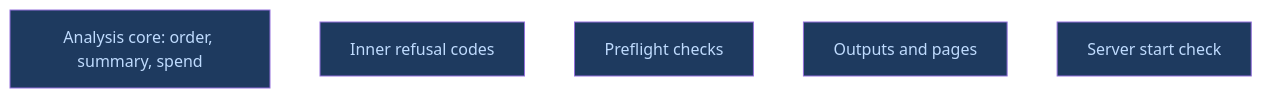
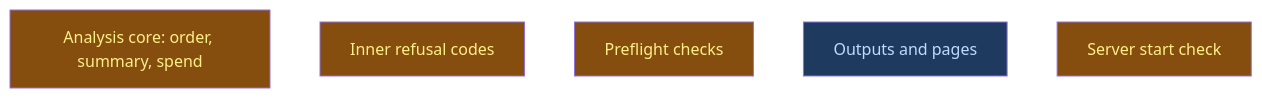
One commit to CrackingShells/Candler changed the diagram in __roadmap__/m6b-surface-consolidation/consolidated/build/README.md. Above: the diagram before and after it, drawn with Mermaid. The commit also changed other lines of this file and 1 other file, not shown here.

Commit message:
rdm(api): start the m6b build at l0
The build and its four L0 leaves are in progress.

````diff
--- a/__roadmap__/m6b-surface-consolidation/consolidated/build/README.md
+++ b/__roadmap__/m6b-surface-consolidation/consolidated/build/README.md
@@ -81,13 +81,13 @@
 ```mermaid
 graph TD
-    analysis_core[Analysis core: order, summary, spend]:::amendment
-    codes_inner[Inner refusal codes]:::amendment
-    preflight_checks[Preflight checks]:::amendment
+    analysis_core[Analysis core: order, summary, spend]:::inprogress
+    codes_inner[Inner refusal codes]:::inprogress
+    preflight_checks[Preflight checks]:::inprogress
     outputs[Outputs and pages]:::amendment
-    server_check[Server start check]:::amendment
+    server_check[Server start check]:::inprogress
     classDef done       fill:#166534,color:#bbf7d0
     classDef inprogress fill:#854d0e,color:#fef08a
     classDef planned    fill:#374151,color:#e5e7eb
     classDef amendment  fill:#1e3a5f,color:#bfdbfe
     classDef blocked    fill:#7f1d1d,color:#fecaca
 ```
````
